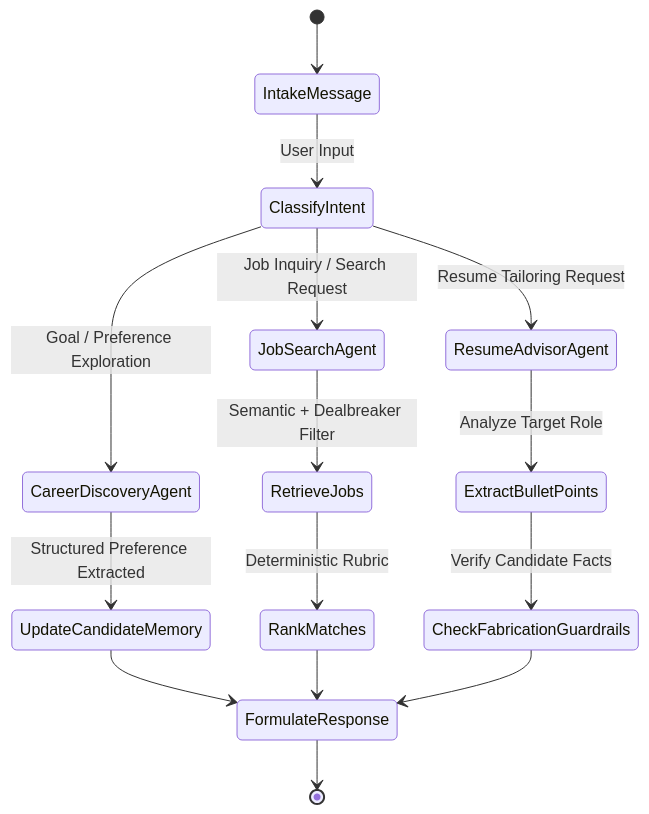
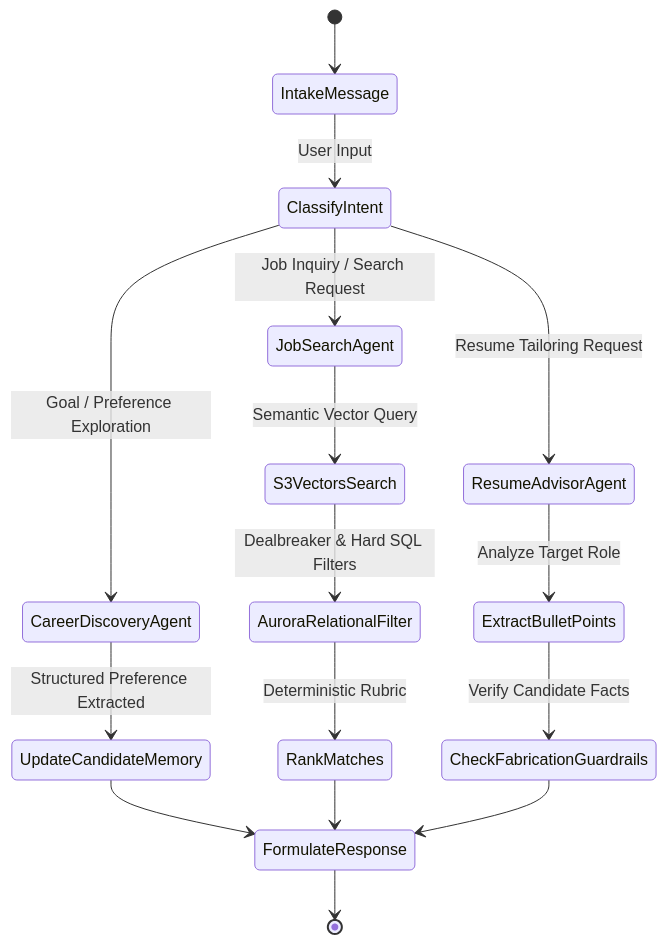
Before and after one commit to shubhojit-mitra-dev/ai-job-agent: the fourth of 5 diagrams in docs/ARCHITECTURE.md, drawn with Mermaid. The commit also changed other lines of this file and 23 other files, not shown here.

Commit message:
docs(architecture): migrate platform architecture to AWS-native stack

````diff
--- a/docs/ARCHITECTURE.md
+++ b/docs/ARCHITECTURE.md
@@ -120,21 +193,22 @@
 ```mermaid
 stateDiagram-v2
     [*] --> IntakeMessage
     IntakeMessage --> ClassifyIntent: User Input
     ClassifyIntent --> CareerDiscoveryAgent: Goal / Preference Exploration
     ClassifyIntent --> JobSearchAgent: Job Inquiry / Search Request
     ClassifyIntent --> ResumeAdvisorAgent: Resume Tailoring Request
     
     CareerDiscoveryAgent --> UpdateCandidateMemory: Structured Preference Extracted
     UpdateCandidateMemory --> FormulateResponse
     
-    JobSearchAgent --> RetrieveJobs: Semantic + Dealbreaker Filter
-    RetrieveJobs --> RankMatches: Deterministic Rubric
+    JobSearchAgent --> S3VectorsSearch: Semantic Vector Query
+    S3VectorsSearch --> AuroraRelationalFilter: Dealbreaker & Hard SQL Filters
+    AuroraRelationalFilter --> RankMatches: Deterministic Rubric
     RankMatches --> FormulateResponse
     
     ResumeAdvisorAgent --> ExtractBulletPoints: Analyze Target Role
     ExtractBulletPoints --> CheckFabricationGuardrails: Verify Candidate Facts
     CheckFabricationGuardrails --> FormulateResponse
     
     FormulateResponse --> [*]
 ```
````
